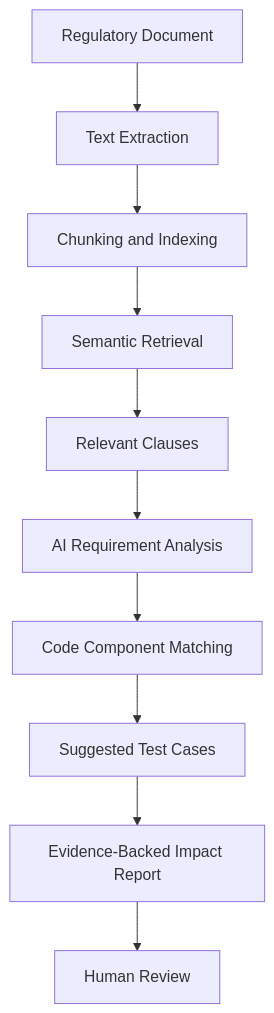
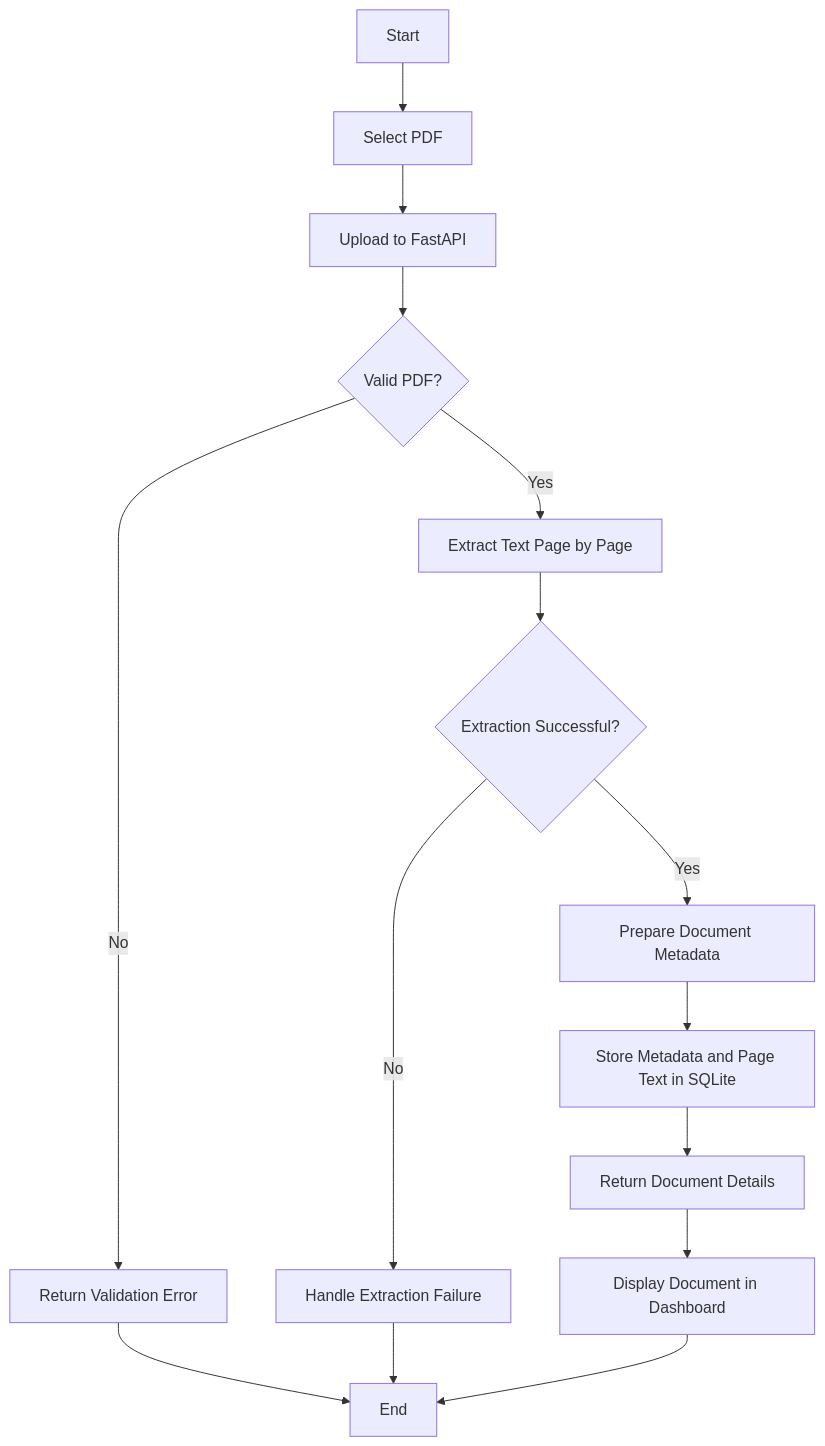
Before and after one commit to rajshreesinha-23/regulalens-ai: the second of 4 diagrams in README.md, drawn with Mermaid. The commit also changed other lines of this file, not shown here.

````diff
--- a/README.md
+++ b/README.md
@@ -37,12 +146,21 @@
 ```mermaid
 flowchart TD
-    A["Regulatory Document"] --> B["Text Extraction"]
-    B --> C["Chunking and Indexing"]
-    C --> D["Semantic Retrieval"]
-    D --> E["Relevant Clauses"]
-    E --> F["AI Requirement Analysis"]
-    F --> G["Code Component Matching"]
-    G --> H["Suggested Test Cases"]
-    H --> I["Evidence-Backed Impact Report"]
-    I --> J["Human Review"]
+    A["Start"] --> B["Select PDF"]
+    B --> C["Upload to FastAPI"]
+    C --> D{"Valid PDF?"}
+
+    D -- No --> E["Return Validation Error"]
+    E --> Z["End"]
+
+    D -- Yes --> F["Extract Text Page by Page"]
+    F --> G{"Extraction Successful?"}
+
+    G -- No --> H["Handle Extraction Failure"]
+    H --> Z
+
+    G -- Yes --> I["Prepare Document Metadata"]
+    I --> J["Store Metadata and Page Text in SQLite"]
+    J --> K["Return Document Details"]
+    K --> L["Display Document in Dashboard"]
+    L --> Z["End"]
 ```
````
